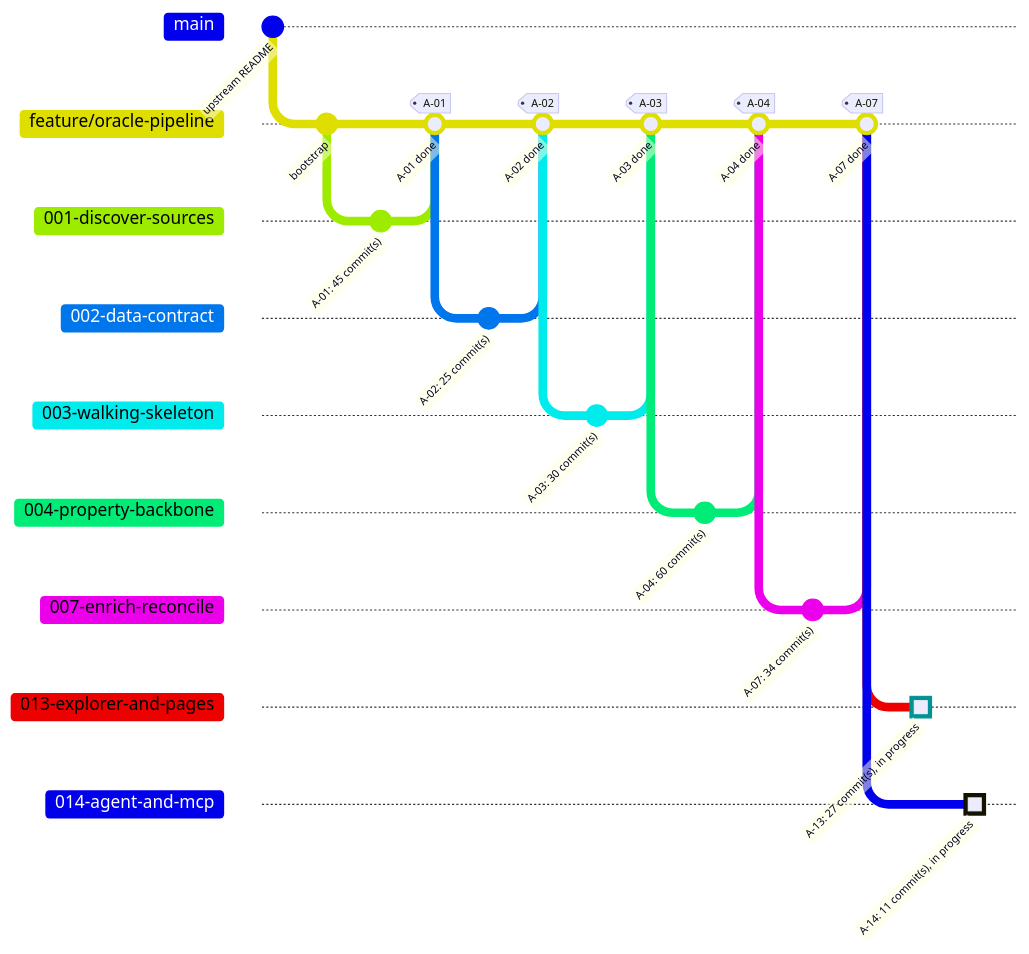
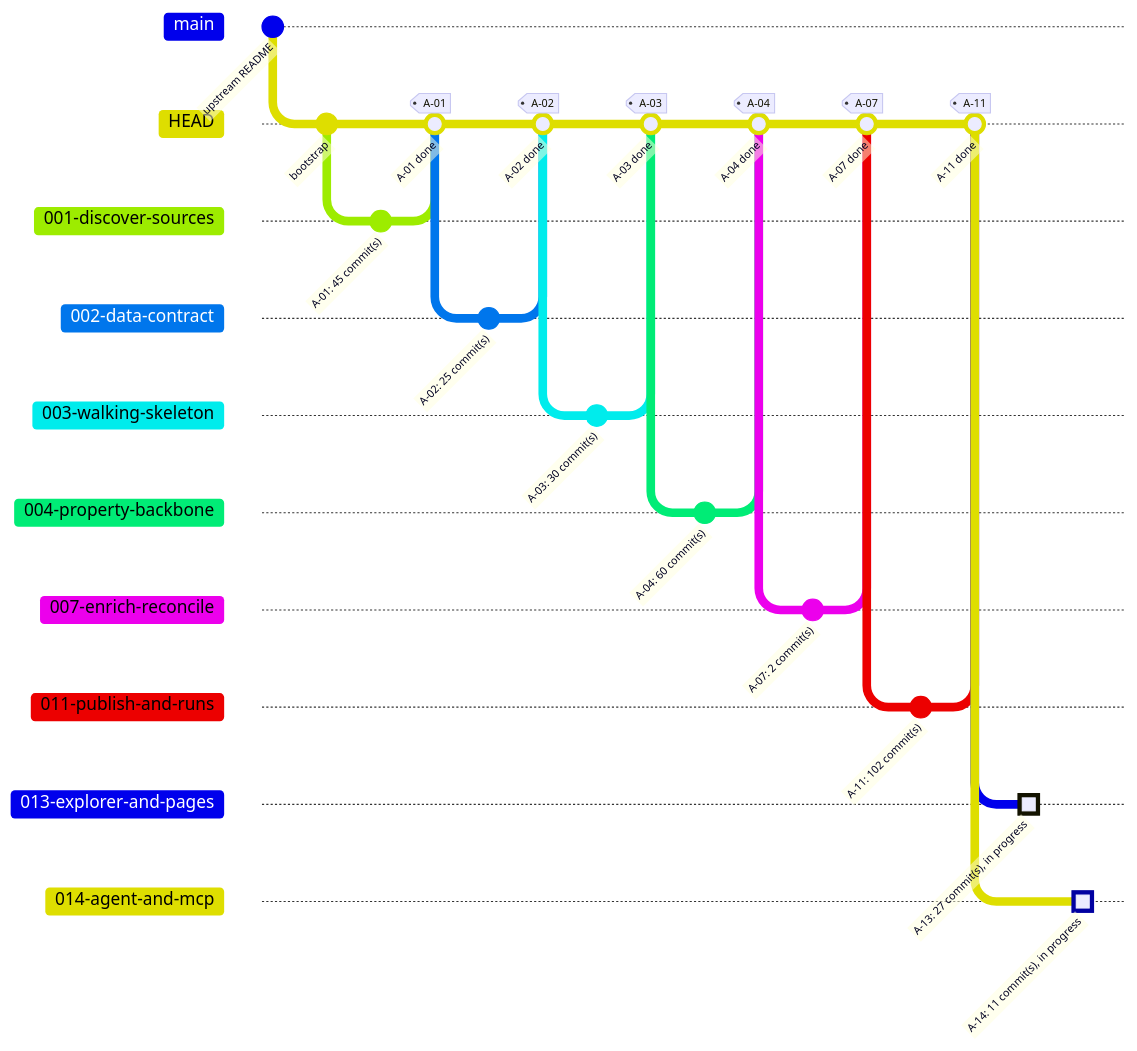
Before and after one commit to HebaGaber/oracle-property-intelligence-platform-pipeline-travis-tx: the second of 2 diagrams in docs/progress.md, drawn with Mermaid. The commit also changed other lines of this file and 1 other file, not shown here.

Commit message:
A-11: update progress; G4 exceptions recorded

````diff
--- a/docs/progress.md
+++ b/docs/progress.md
@@ -19,33 +19,37 @@
 ```mermaid
 %%{init: { 'gitGraph': { 'mainBranchName': 'main', 'showCommitLabel': true } } }%%
 gitGraph
   commit id: "upstream README"
-  branch "feature/oracle-pipeline"
+  branch "HEAD"
   commit id: "bootstrap"
   branch "001-discover-sources"
   commit id: "A-01: 45 commit(s)"
-  checkout "feature/oracle-pipeline"
+  checkout "HEAD"
   merge "001-discover-sources" id: "A-01 done" tag: "A-01"
   branch "002-data-contract"
   commit id: "A-02: 25 commit(s)"
-  checkout "feature/oracle-pipeline"
+  checkout "HEAD"
   merge "002-data-contract" id: "A-02 done" tag: "A-02"
   branch "003-walking-skeleton"
   commit id: "A-03: 30 commit(s)"
-  checkout "feature/oracle-pipeline"
+  checkout "HEAD"
   merge "003-walking-skeleton" id: "A-03 done" tag: "A-03"
   branch "004-property-backbone"
   commit id: "A-04: 60 commit(s)"
-  checkout "feature/oracle-pipeline"
+  checkout "HEAD"
   merge "004-property-backbone" id: "A-04 done" tag: "A-04"
   branch "007-enrich-reconcile"
-  commit id: "A-07: 34 commit(s)"
-  checkout "feature/oracle-pipeline"
+  commit id: "A-07: 2 commit(s)"
+  checkout "HEAD"
   merge "007-enrich-reconcile" id: "A-07 done" tag: "A-07"
+  branch "011-publish-and-runs"
+  commit id: "A-11: 102 commit(s)"
+  checkout "HEAD"
+  merge "011-publish-and-runs" id: "A-11 done" tag: "A-11"
   branch "013-explorer-and-pages"
   commit id: "A-13: 27 commit(s), in progress" type: HIGHLIGHT
-  checkout "feature/oracle-pipeline"
+  checkout "HEAD"
   branch "014-agent-and-mcp"
   commit id: "A-14: 11 commit(s), in progress" type: HIGHLIGHT
-  checkout "feature/oracle-pipeline"
+  checkout "HEAD"
 ```
````
